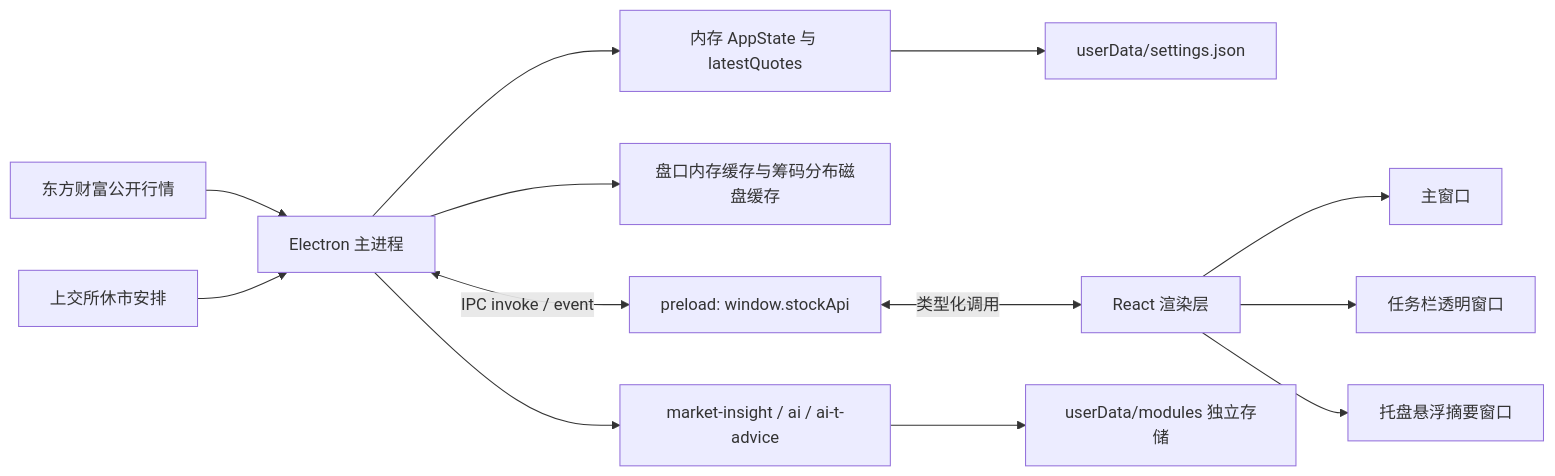
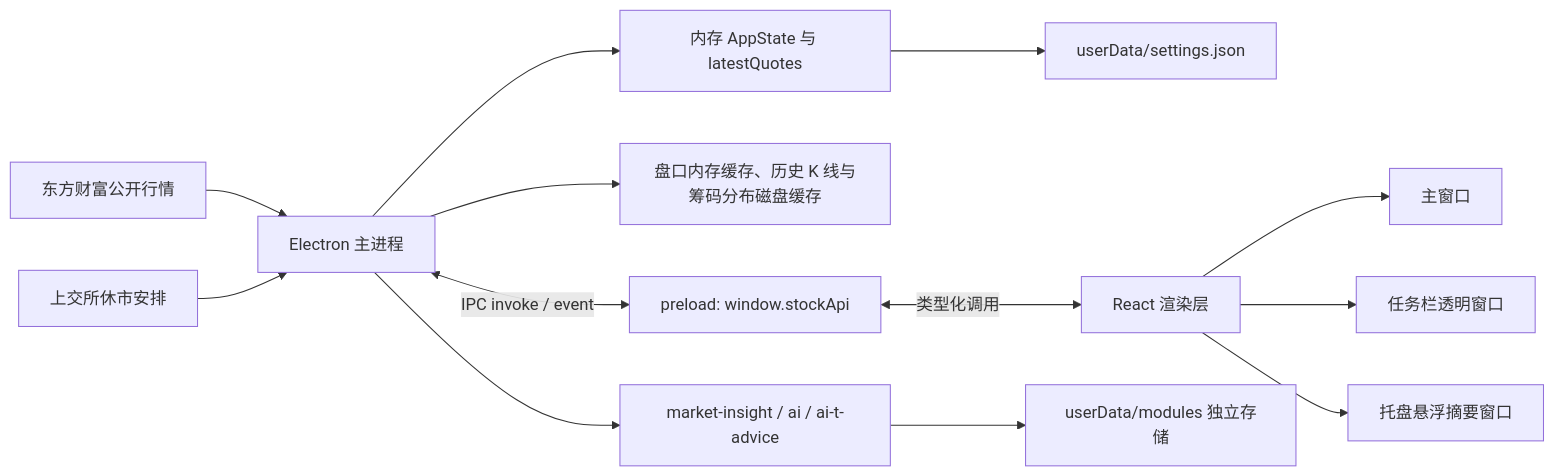
Before and after one commit to SingleOne/JianZhang: the first of 3 diagrams in docs/wiki/01-architecture.md, drawn with Mermaid. The commit also changed other lines of this file and 15 other files, not shown here.

````diff
--- a/docs/wiki/01-architecture.md
+++ b/docs/wiki/01-architecture.md
@@ -7,15 +7,15 @@
 ```mermaid
 flowchart LR
     EM["东方财富公开行情"] --> MAIN["Electron 主进程"]
     SSE["上交所休市安排"] --> MAIN
     MAIN --> STATE["内存 AppState 与 latestQuotes"]
     STATE --> FILE["userData/settings.json"]
-    MAIN --> CACHE["盘口内存缓存与筹码分布磁盘缓存"]
+    MAIN --> CACHE["盘口内存缓存、历史 K 线与筹码分布磁盘缓存"]
     MAIN <-->|"IPC invoke / event"| PRELOAD["preload: window.stockApi"]
     PRELOAD <-->|"类型化调用"| UI["React 渲染层"]
     UI --> MAINWIN["主窗口"]
     UI --> TASKBAR["任务栏透明窗口"]
     UI --> TRAYPOP["托盘悬浮摘要窗口"]
     MAIN --> MODULES["market-insight / ai / ai-t-advice"]
     MODULES --> MODULESTORE["userData/modules 独立存储"]
 ```
````
